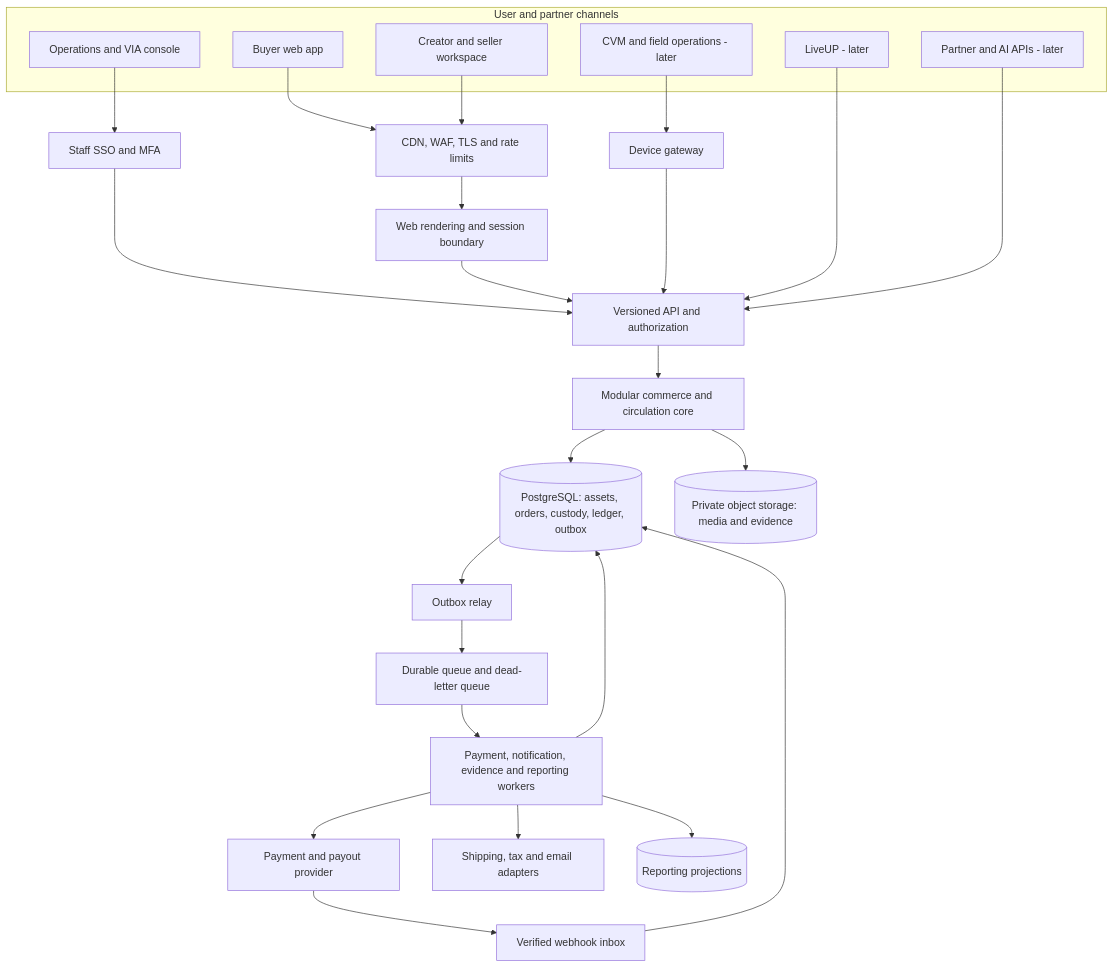
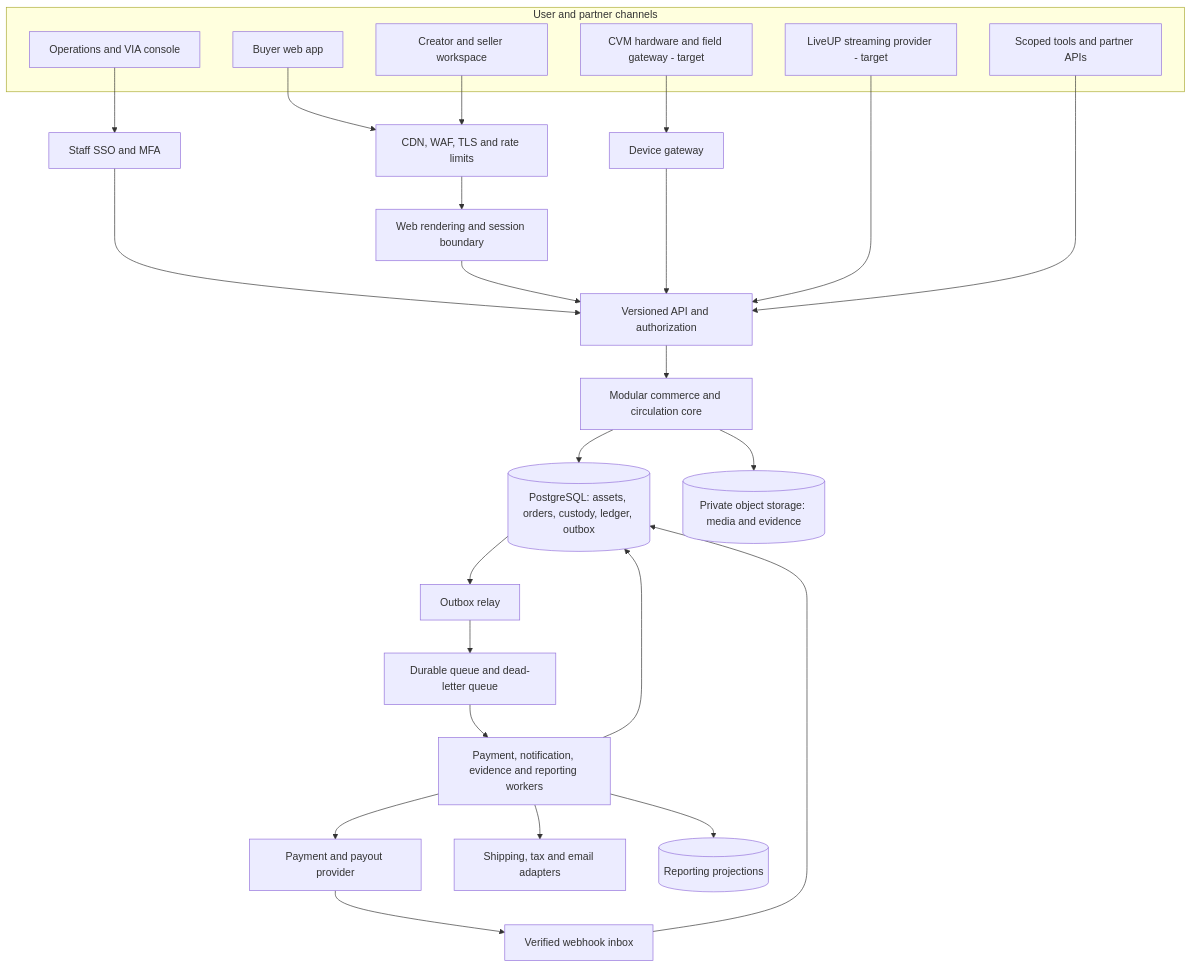
Before and after one commit to johnli388/pixup-v6: the first of 2 diagrams in docs/planning/01-system-architecture.md, drawn with Mermaid. The commit also changed other lines of this file and 148 other files, not shown here.

````diff
--- a/docs/planning/01-system-architecture.md
+++ b/docs/planning/01-system-architecture.md
@@ -40,33 +48,33 @@
 ```mermaid
 flowchart TB
   subgraph Channels[User and partner channels]
     Buyer[Buyer web app]
     Partner[Creator and seller workspace]
     Ops[Operations and VIA console]
-    Devices[CVM and field operations - later]
-    Live[LiveUP - later]
-    Agents[Partner and AI APIs - later]
+    Devices[CVM hardware and field gateway - target]
+    Live[LiveUP streaming provider - target]
+    Agents[Scoped tools and partner APIs]
   end
   Buyer --> Edge[CDN, WAF, TLS and rate limits]
   Partner --> Edge
   Ops --> Staff[Staff SSO and MFA]
   Staff --> API
   Edge --> Web[Web rendering and session boundary]
   Web --> API[Versioned API and authorization]
   Devices --> Gateway[Device gateway]
   Gateway --> API
   Live --> API
   Agents --> API
   API --> Core[Modular commerce and circulation core]
   Core --> DB[(PostgreSQL: assets, orders, custody, ledger, outbox)]
   Core --> Media[(Private object storage: media and evidence)]
   DB --> Relay[Outbox relay]
   Relay --> Queue[Durable queue and dead-letter queue]
   Queue --> Workers[Payment, notification, evidence and reporting workers]
   Workers --> DB
   Workers --> PSP[Payment and payout provider]
   Workers --> Services[Shipping, tax and email adapters]
   Workers --> Analytics[(Reporting projections)]
   PSP --> Inbox[Verified webhook inbox]
   Inbox --> DB
 ```
````
